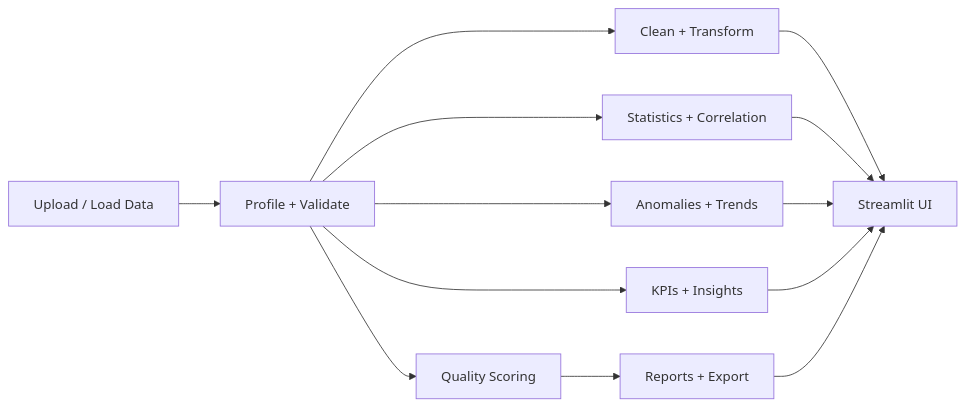
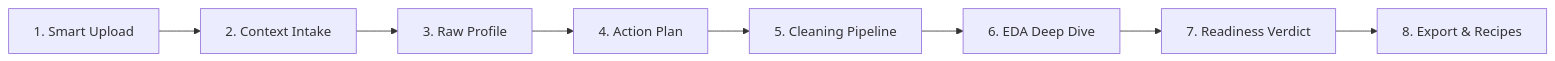
The diagram in README.md (usmankhan-pro/datalens-ai), drawn with Mermaid before and after one commit. The commit also changed other lines of this file and 92 other files, not shown here.

Commit message:
Add cleaning pipeline and export

````diff
--- a/README.md
+++ b/README.md
@@ -87,15 +11,10 @@
 ```mermaid
 flowchart LR
-    A[Upload / Load Data] --> B[Profile + Validate]
-    B --> C[Quality Scoring]
-    B --> D[Clean + Transform]
-    B --> E[Statistics + Correlation]
-    B --> F[Anomalies + Trends]
-    B --> G[KPIs + Insights]
-    C --> H[Reports + Export]
-    D --> I[Streamlit UI]
-    E --> I
-    F --> I
-    G --> I
-    H --> I
+    A[1. Smart Upload] --> B[2. Context Intake]
+    B --> C[3. Raw Profile]
+    C --> D[4. Action Plan]
+    D --> E[5. Cleaning Pipeline]
+    E --> F[6. EDA Deep Dive]
+    F --> G[7. Readiness Verdict]
+    G --> H[8. Export & Recipes]
 ```
````
